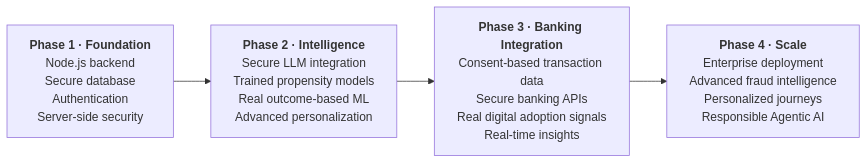
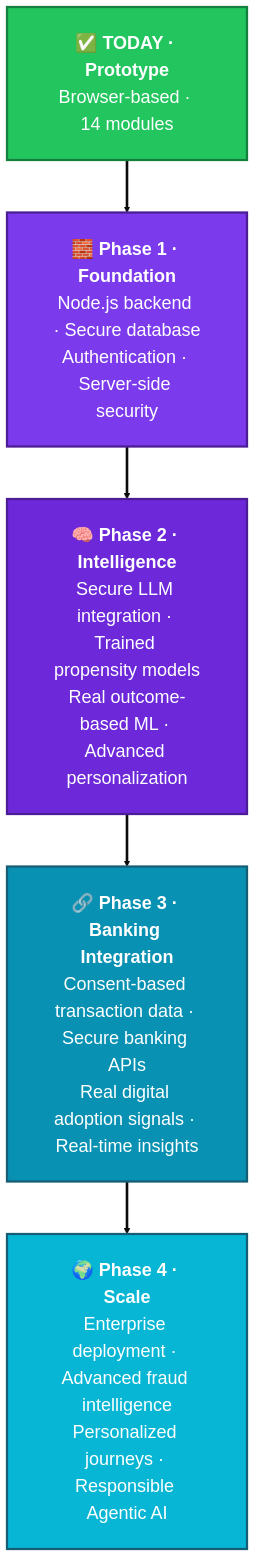
Before and after one commit to Mansi232323/MANSHORA: diagram 16 of 16 in README.md, drawn with Mermaid. The commit also changed other lines of this file, not shown here.

````diff
--- a/README.md
+++ b/README.md
@@ -435,8 +639,15 @@
 ```mermaid
-flowchart LR
-    P1["<b>Phase 1 · Foundation</b><br/>Node.js backend<br/>Secure database<br/>Authentication<br/>Server-side security"]
-    P2["<b>Phase 2 · Intelligence</b><br/>Secure LLM integration<br/>Trained propensity models<br/>Real outcome-based ML<br/>Advanced personalization"]
-    P3["<b>Phase 3 · Banking Integration</b><br/>Consent-based transaction data<br/>Secure banking APIs<br/>Real digital adoption signals<br/>Real-time insights"]
-    P4["<b>Phase 4 · Scale</b><br/>Enterprise deployment<br/>Advanced fraud intelligence<br/>Personalized journeys<br/>Responsible Agentic AI"]
-    P1 --> P2 --> P3 --> P4
+%%{init: {'theme':'base','themeVariables':{'fontSize':'24px'},'flowchart':{'nodeSpacing':60,'rankSpacing':70,'padding':30,'htmlLabels':true}}}%%
+flowchart TB
+    P0["<b>✅ TODAY · Prototype</b><br/>Browser-based · 14 modules"]
+    P1["<b>🧱 Phase 1 · Foundation</b><br/>Node.js backend · Secure database<br/>Authentication · Server-side security"]
+    P2["<b>🧠 Phase 2 · Intelligence</b><br/>Secure LLM integration · Trained propensity models<br/>Real outcome-based ML · Advanced personalization"]
+    P3["<b>🔗 Phase 3 · Banking Integration</b><br/>Consent-based transaction data · Secure banking APIs<br/>Real digital adoption signals · Real-time insights"]
+    P4["<b>🌍 Phase 4 · Scale</b><br/>Enterprise deployment · Advanced fraud intelligence<br/>Personalized journeys · Responsible Agentic AI"]
+    P0 ==> P1 ==> P2 ==> P3 ==> P4
+    style P0 fill:#22c55e,color:#fff,stroke:#15803d,stroke-width:3px
+    style P1 fill:#7c3aed,color:#fff,stroke:#4c1d95,stroke-width:3px
+    style P2 fill:#6d28d9,color:#fff,stroke:#4c1d95,stroke-width:3px
+    style P3 fill:#0891b2,color:#fff,stroke:#155e75,stroke-width:3px
+    style P4 fill:#06b6d4,color:#fff,stroke:#155e75,stroke-width:3px
 ```
````
